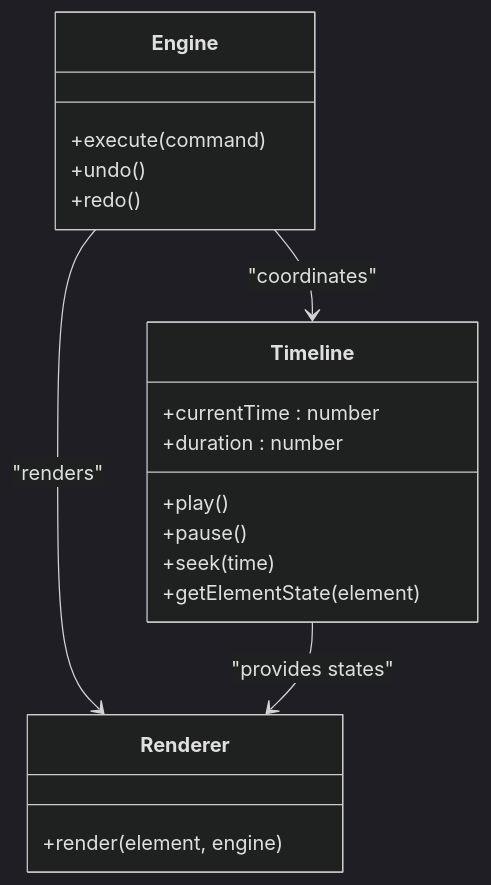
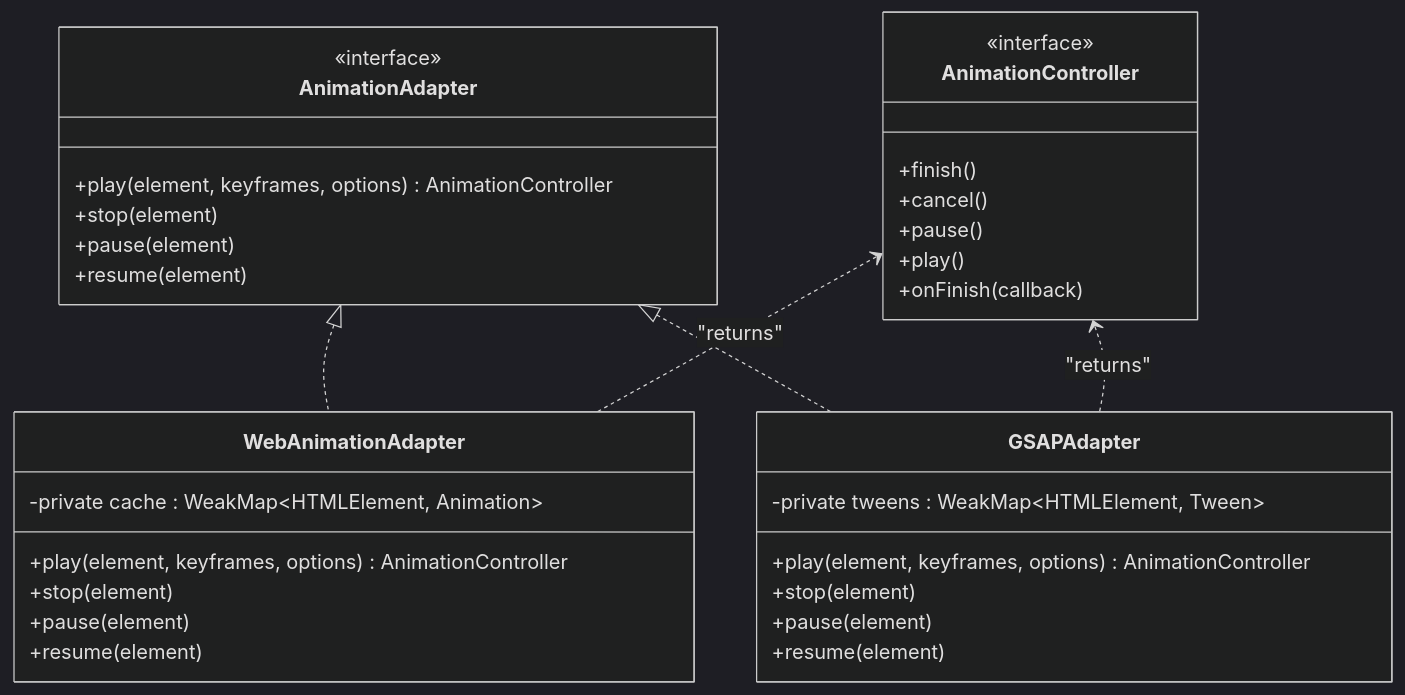
Diagram 14 of 18 in .qoder/repowiki/en/content/Animation System/Timeline Engine.md (Anna0314zy/ai_editor_enginer), drawn with Mermaid (dark theme) before and after one commit. The commit also changed other lines of this file and 10 other files, not shown here.

````diff
--- a/.qoder/repowiki/en/content/Animation System/Timeline Engine.md
+++ b/.qoder/repowiki/en/content/Animation System/Timeline Engine.md
@@ -244,22 +581,36 @@
 ```mermaid
 classDiagram
-class Engine {
-+execute(command)
-+undo()
-+redo()
+class AnimationAdapter {
+<<interface>>
++play(element, keyframes, options) AnimationController
++stop(element)
++pause(element)
++resume(element)
 }
-class Timeline {
-+currentTime : number
-+duration : number
+class AnimationController {
+<<interface>>
++finish()
++cancel()
++pause()
 +play()
-+pause()
-+seek(time)
-+getElementState(element)
++onFinish(callback)
 }
-class Renderer {
-+render(element, engine)
+class WebAnimationAdapter {
+-private cache : WeakMap~HTMLElement, Animation~
++play(element, keyframes, options) AnimationController
++stop(element)
++pause(element)
++resume(element)
 }
-Engine --> Timeline : "coordinates"
-Engine --> Renderer : "renders"
-Timeline --> Renderer : "provides states"
+class GSAPAdapter {
+-private tweens : WeakMap~HTMLElement, Tween~
++play(element, keyframes, options) AnimationController
++stop(element)
++pause(element)
++resume(element)
+}
+AnimationAdapter <|.. WebAnimationAdapter
+AnimationAdapter <|.. GSAPAdapter
+AnimationController <.. WebAnimationAdapter : "returns"
+AnimationController <.. GSAPAdapter : "returns"
 ```
````
